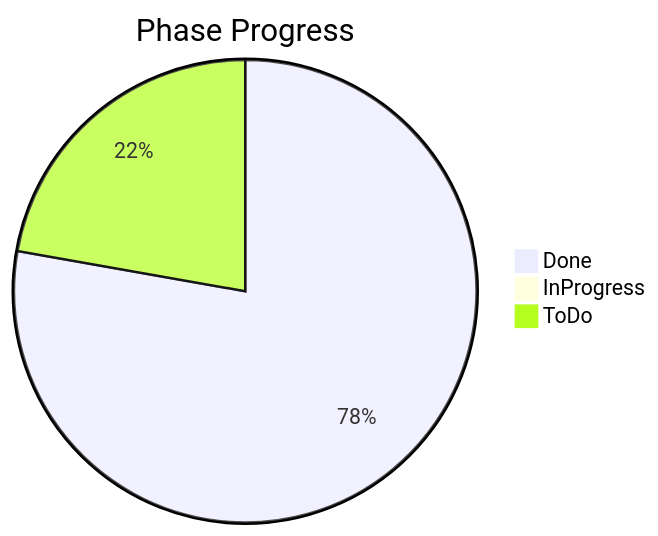
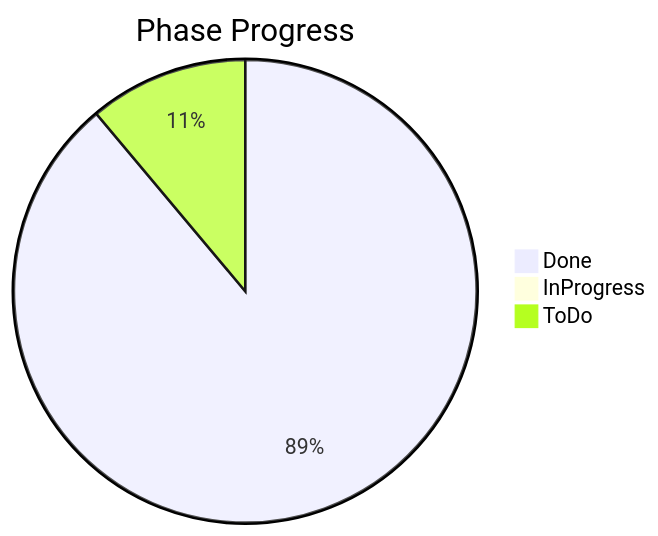
The second of 3 diagrams in README.md (tdutra-dev/intralogistics-orchestrator), drawn with Mermaid before and after one commit. The commit also changed other lines of this file and 7 other files, not shown here.

````diff
--- a/README.md
+++ b/README.md
@@ -76,6 +90,6 @@
 ```mermaid
 pie title Phase Progress
-   "Done" : 7
+   "Done" : 8
    "InProgress" : 0
-   "ToDo" : 2
+   "ToDo" : 1
 ```
````
